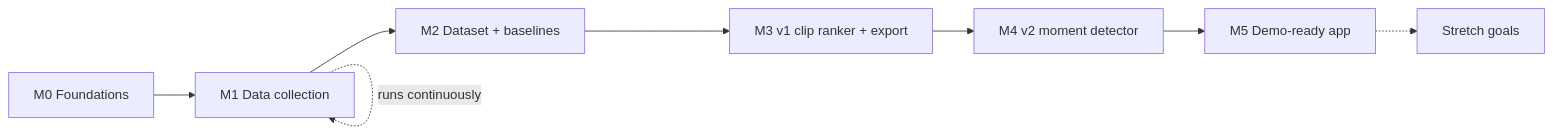
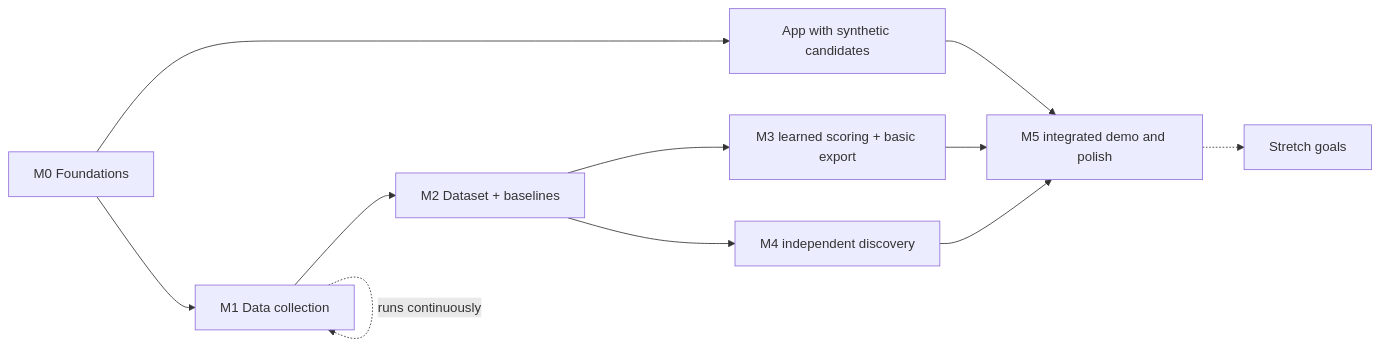
Before and after one commit to adillpickles/AutoClipper: the diagram in docs/product/roadmap.md, drawn with Mermaid. The commit also changed other lines of this file and 40 other files, not shown here.

````diff
--- a/docs/product/roadmap.md
+++ b/docs/product/roadmap.md
@@ -12,10 +12,13 @@
 ```mermaid
 flowchart LR
     M0[M0 Foundations] --> M1[M1 Data collection]
     M1 --> M2[M2 Dataset + baselines]
-    M2 --> M3[M3 v1 clip ranker + export]
-    M3 --> M4[M4 v2 moment detector]
-    M4 --> M5[M5 Demo-ready app]
+    M2 --> M3[M3 learned scoring + basic export]
+    M2 --> M4[M4 independent discovery]
+    M0 --> APP[App with synthetic candidates]
+    APP --> M5[M5 integrated demo and polish]
+    M3 --> M5
+    M4 --> M5
     M5 -.-> S[Stretch goals]
     M1 -. runs continuously .-> M1
 ```
````
